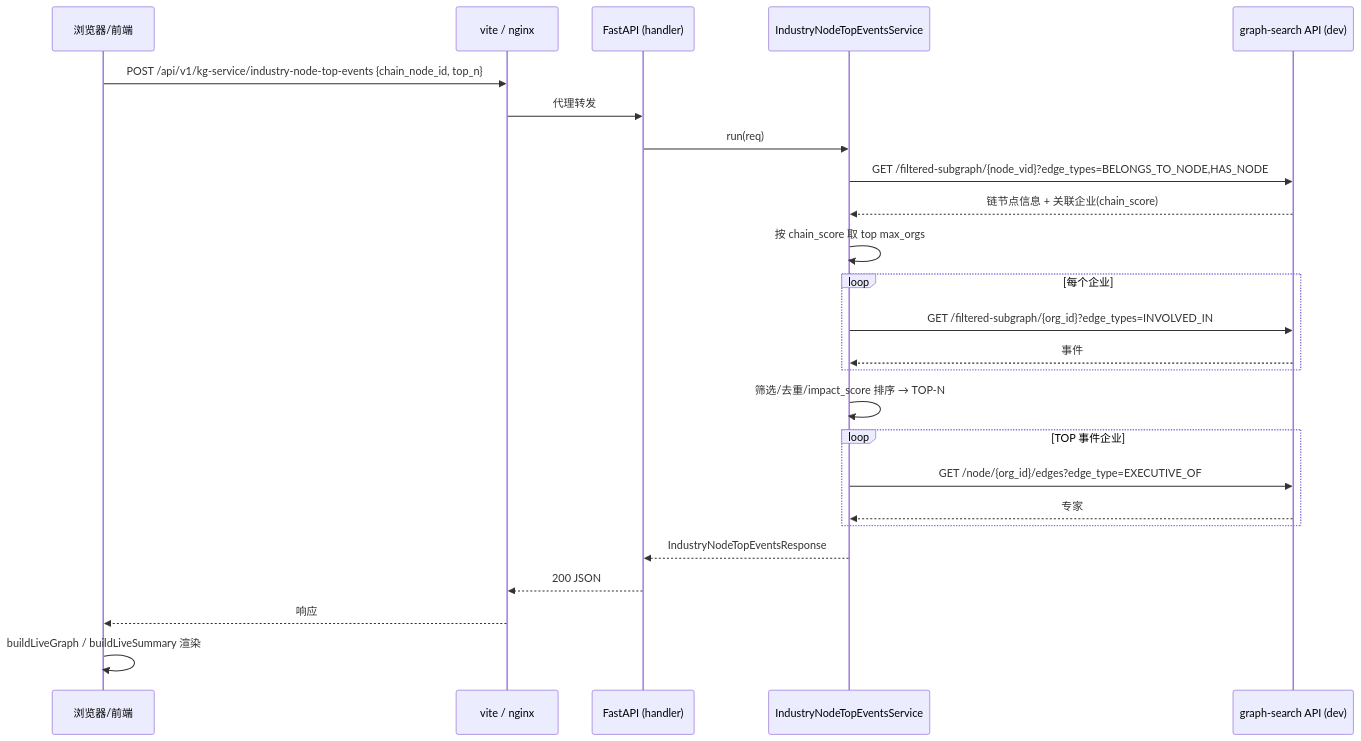
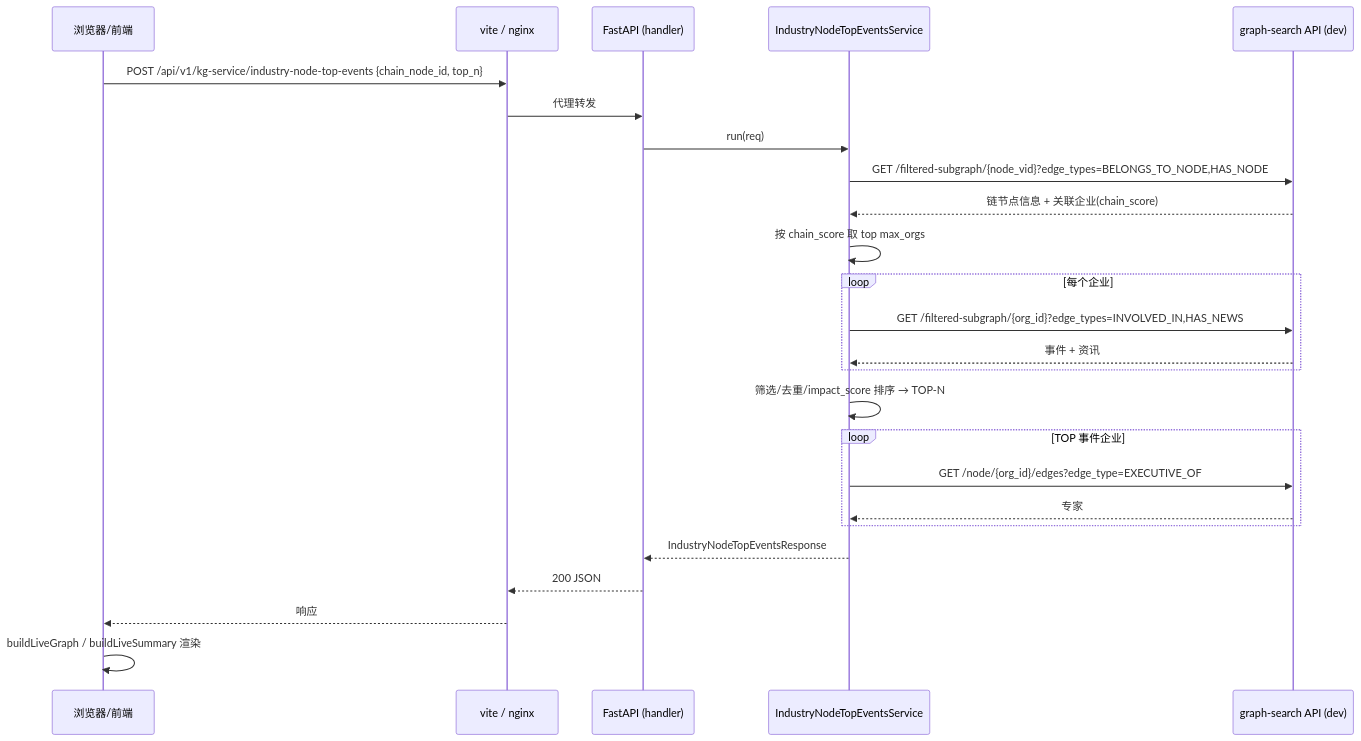
One commit to Marisolebxf/tech-kg-api changed the third of 3 diagrams in docs/business-service-key-enterprise-and-topn-events.md. Above: the diagram before and after it, drawn with Mermaid. The commit also changed other lines of this file and 8 other files, not shown here.

````diff
--- a/docs/business-service-key-enterprise-and-topn-events.md
+++ b/docs/business-service-key-enterprise-and-topn-events.md
@@ -146,28 +179,28 @@
 ```mermaid
 sequenceDiagram
     participant U as 浏览器/前端
     participant V as vite / nginx
     participant API as FastAPI (handler)
     participant SVC as IndustryNodeTopEventsService
     participant GS as graph-search API (dev)
 
     U->>V: POST /api/v1/kg-service/industry-node-top-events {chain_node_id, top_n}
     V->>API: 代理转发
     API->>SVC: run(req)
     SVC->>GS: GET /filtered-subgraph/{node_vid}?edge_types=BELONGS_TO_NODE,HAS_NODE
     GS-->>SVC: 链节点信息 + 关联企业(chain_score)
     SVC->>SVC: 按 chain_score 取 top max_orgs
     loop 每个企业
-        SVC->>GS: GET /filtered-subgraph/{org_id}?edge_types=INVOLVED_IN
-        GS-->>SVC: 事件
+        SVC->>GS: GET /filtered-subgraph/{org_id}?edge_types=INVOLVED_IN,HAS_NEWS
+        GS-->>SVC: 事件 + 资讯
     end
     SVC->>SVC: 筛选/去重/impact_score 排序 → TOP-N
     loop TOP 事件企业
         SVC->>GS: GET /node/{org_id}/edges?edge_type=EXECUTIVE_OF
         GS-->>SVC: 专家
     end
     SVC-->>API: IndustryNodeTopEventsResponse
     API-->>V: 200 JSON
     V-->>U: 响应
     U->>U: buildLiveGraph / buildLiveSummary 渲染
 ```
````
